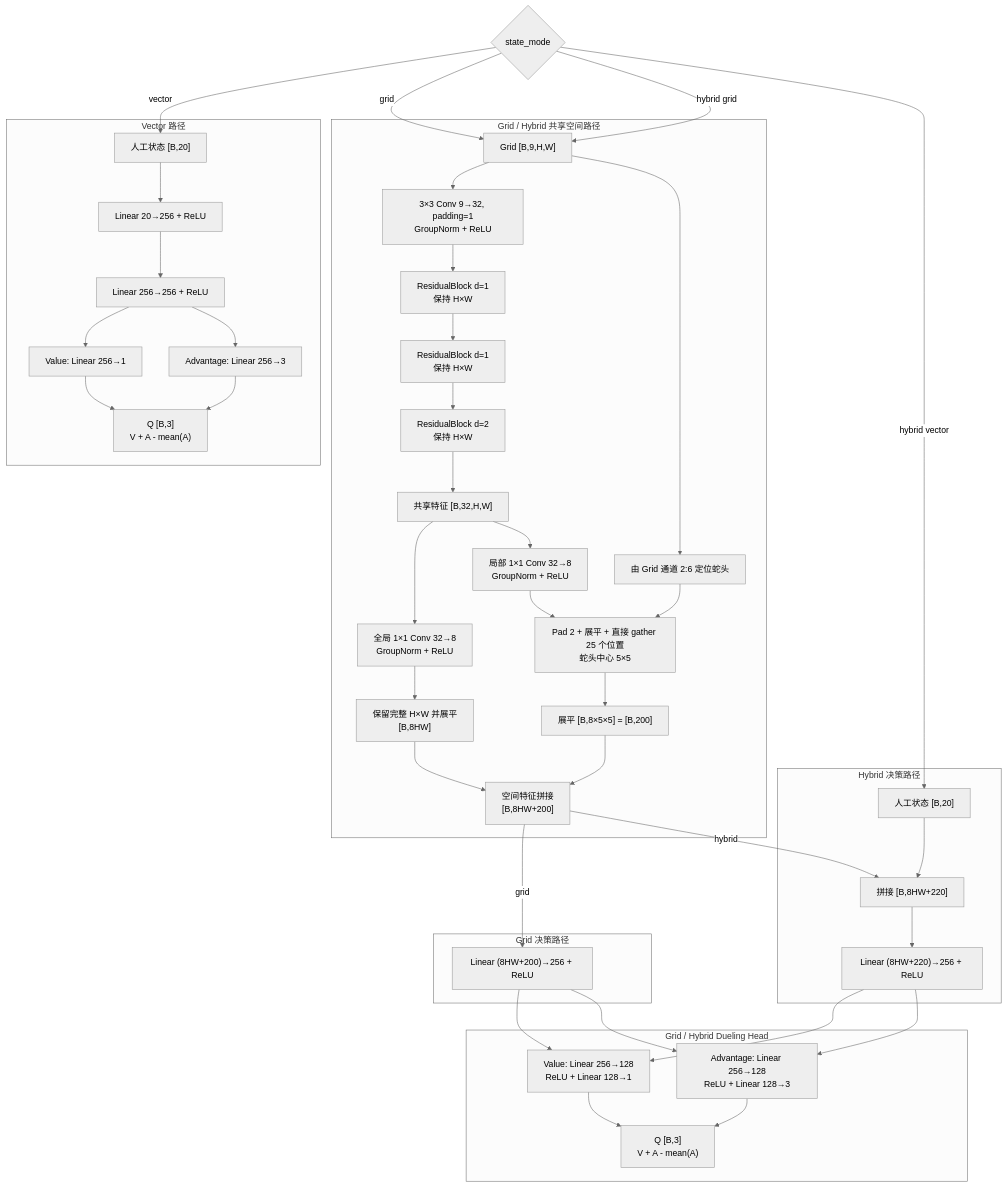
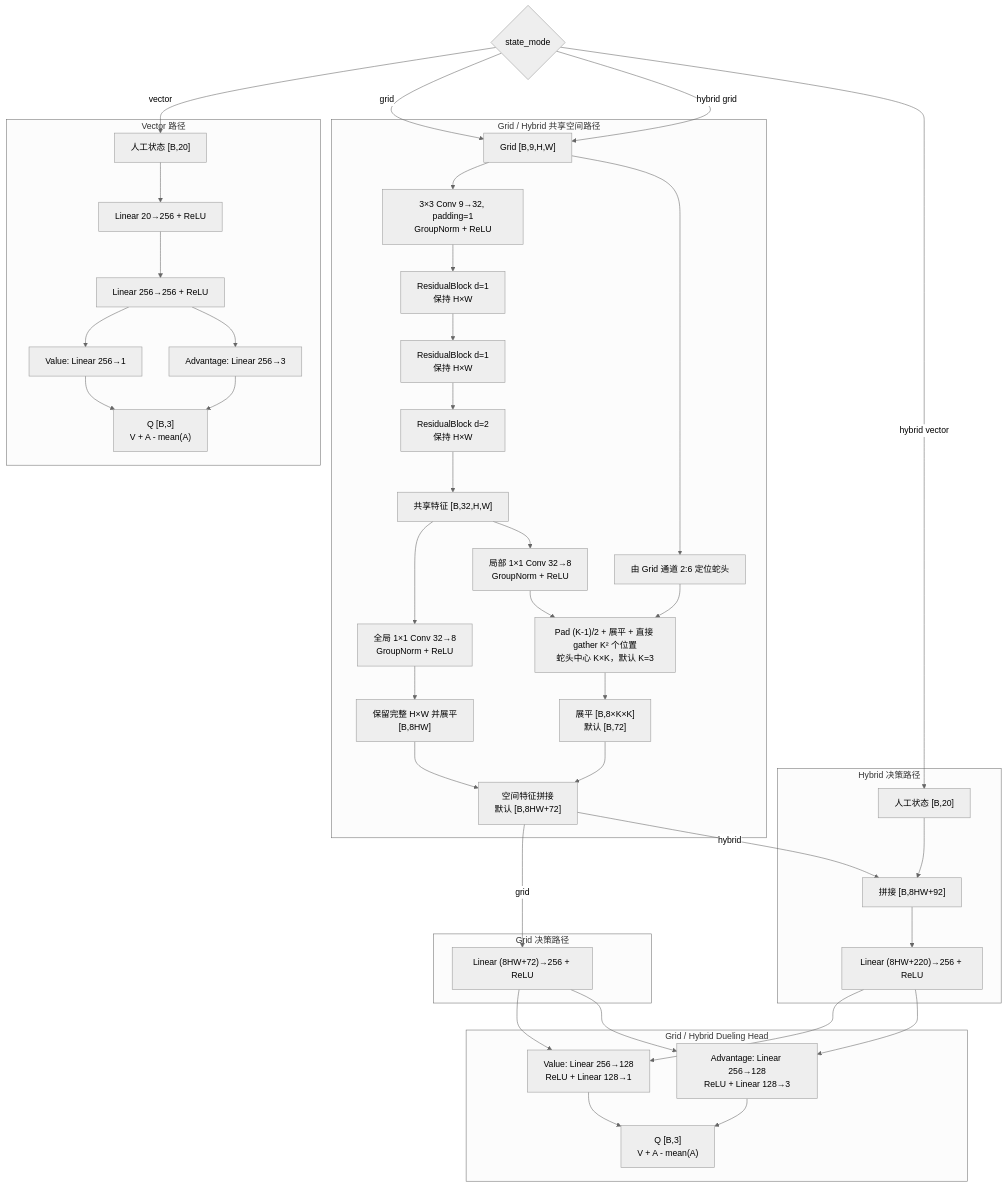
The first of 2 diagrams in README.md (leijun0336-a11y/Snake), drawn with Mermaid (neutral theme) before and after one commit. The commit also changed other lines of this file and 13 other files, not shown here.

````diff
--- a/README.md
+++ b/README.md
@@ -212,69 +213,69 @@
 ```mermaid
 flowchart TB
     MODE{"state_mode"}
 
     subgraph VECTOR["Vector 路径"]
         VIN["人工状态 [B,20]"]
         VFC1["Linear 20→256 + ReLU"]
         VFC2["Linear 256→256 + ReLU"]
         VV["Value: Linear 256→1"]
         VA["Advantage: Linear 256→3"]
         VQ["Q [B,3]<br/>V + A - mean(A)"]
         VIN --> VFC1 --> VFC2
         VFC2 --> VV --> VQ
         VFC2 --> VA --> VQ
     end
 
     subgraph SPATIAL["Grid / Hybrid 共享空间路径"]
         GIN["Grid [B,9,H,W]"]
         STEM["3×3 Conv 9→32, padding=1<br/>GroupNorm + ReLU"]
         RB1["ResidualBlock d=1<br/>保持 H×W"]
         RB2["ResidualBlock d=1<br/>保持 H×W"]
         RB3["ResidualBlock d=2<br/>保持 H×W"]
         SHARED["共享特征 [B,32,H,W]"]
 
         GP["全局 1×1 Conv 32→8<br/>GroupNorm + ReLU"]
         GF["保留完整 H×W 并展平<br/>[B,8HW]"]
 
         LP["局部 1×1 Conv 32→8<br/>GroupNorm + ReLU"]
         HEAD["由 Grid 通道 2:6 定位蛇头"]
-        CROP["Pad 2 + 展平 + 直接 gather 25 个位置<br/>蛇头中心 5×5"]
-        LF["展平 [B,8×5×5] = [B,200]"]
-        SF["空间特征拼接<br/>[B,8HW+200]"]
+        CROP["Pad (K-1)/2 + 展平 + 直接 gather K² 个位置<br/>蛇头中心 K×K，默认 K=3"]
+        LF["展平 [B,8×K×K]<br/>默认 [B,72]"]
+        SF["空间特征拼接<br/>默认 [B,8HW+72]"]
 
         GIN --> STEM --> RB1 --> RB2 --> RB3 --> SHARED
         SHARED --> GP --> GF --> SF
         SHARED --> LP --> CROP --> LF --> SF
         GIN --> HEAD --> CROP
     end
 
     subgraph GRIDHEAD["Grid 决策路径"]
-        GFC["Linear (8HW+200)→256 + ReLU"]
+        GFC["Linear (8HW+72)→256 + ReLU"]
     end
 
     subgraph HYBRIDHEAD["Hybrid 决策路径"]
         AUX["人工状态 [B,20]"]
-        HF["拼接 [B,8HW+220]"]
+        HF["拼接 [B,8HW+92]"]
         HFC["Linear (8HW+220)→256 + ReLU"]
         AUX --> HF --> HFC
     end
 
     subgraph DUELING["Grid / Hybrid Dueling Head"]
         SV["Value: Linear 256→128<br/>ReLU + Linear 128→1"]
         SA["Advantage: Linear 256→128<br/>ReLU + Linear 128→3"]
         SQ["Q [B,3]<br/>V + A - mean(A)"]
         SV --> SQ
         SA --> SQ
     end
 
     MODE -->|vector| VIN
     MODE -->|grid| GIN
     MODE -->|hybrid grid| GIN
     MODE -->|hybrid vector| AUX
     SF -->|grid| GFC
     SF -->|hybrid| HF
     GFC --> SV
     GFC --> SA
     HFC --> SV
     HFC --> SA
 ```
````
